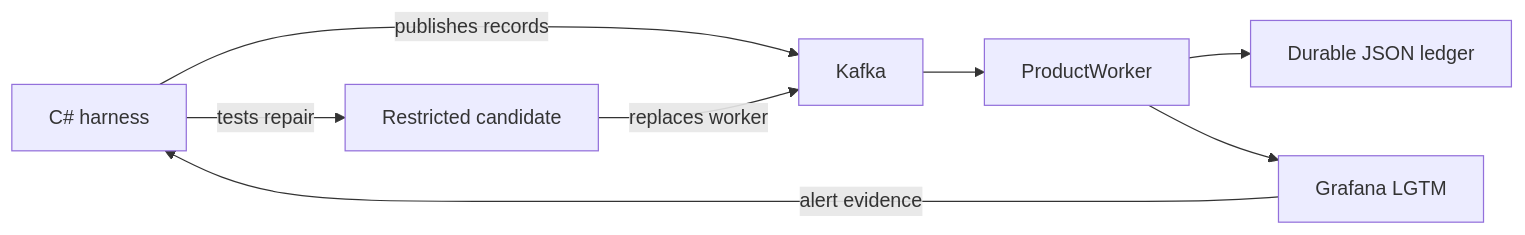
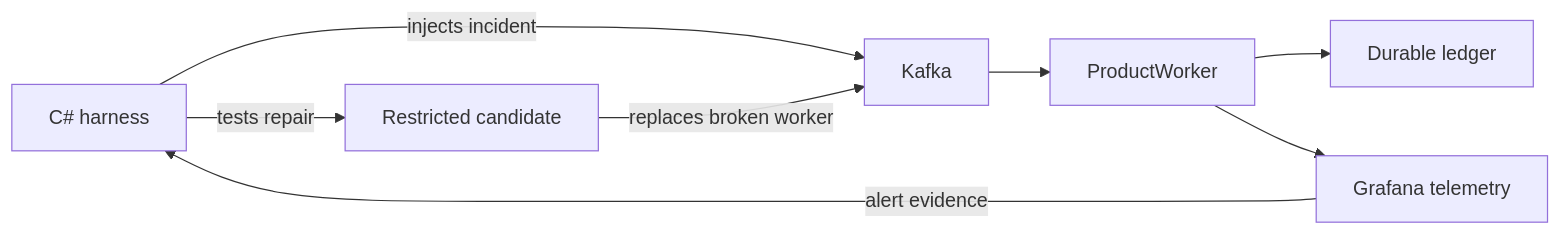
One commit to bulatgrzegorz/incident-repair-harness changed the first of 4 diagrams in README.md. Above: the diagram before and after it, drawn with Mermaid. The commit also changed other lines of this file, not shown here.

Commit message:
Restore README diagrams and narrative

````diff
--- a/README.md
+++ b/README.md
@@ -9,10 +11,10 @@
 ```mermaid
 flowchart LR
-    H[C# harness] -->|publishes records| K[Kafka]
+    H["C# harness"] -->|injects incident| K[Kafka]
     K --> W[ProductWorker]
-    W --> L[Durable JSON ledger]
-    W --> G[Grafana LGTM]
+    W --> L[Durable ledger]
+    W --> G[Grafana telemetry]
     G -->|alert evidence| H
     H -->|tests repair| C[Restricted candidate]
-    C -->|replaces worker| K
+    C -->|replaces broken worker| K
 ```
````
